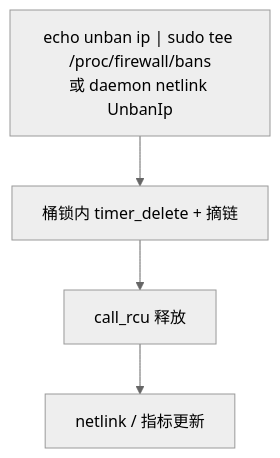
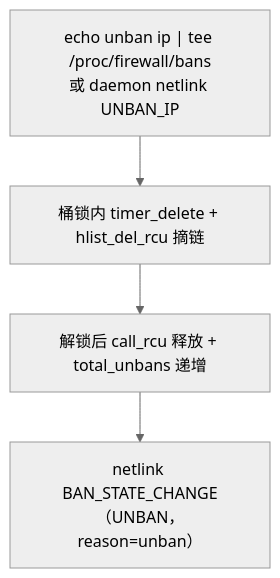
One commit to SnowCore8/linux-firewall-kmod changed the fifth of 6 diagrams in docs/zh/architecture/data-flow.md. Above: the diagram before and after it, drawn with Mermaid (neutral theme). The commit also changed other lines of this file and 1 other file, not shown here.

````diff
--- a/docs/zh/architecture/data-flow.md
+++ b/docs/zh/architecture/data-flow.md
@@ -71,6 +211,6 @@
 ```mermaid
 graph TB
-    A["echo unban ip | sudo tee /proc/firewall/bans<br/>或 daemon netlink UnbanIp"] --> B["桶锁内 timer_delete + 摘链"]
-    B --> C["call_rcu 释放"]
-    C --> D["netlink / 指标更新"]
+    A["echo unban ip | tee /proc/firewall/bans<br/>或 daemon netlink UNBAN_IP"] --> B["桶锁内 timer_delete + hlist_del_rcu 摘链"]
+    B --> C["解锁后 call_rcu 释放 + total_unbans 递增"]
+    C --> D["netlink BAN_STATE_CHANGE（UNBAN，reason=unban）"]
 ```
````
